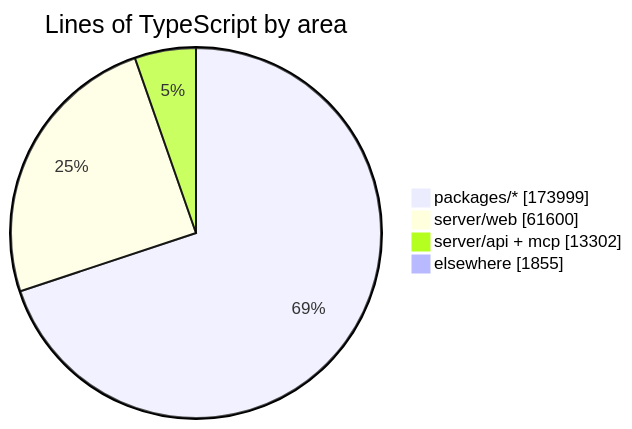
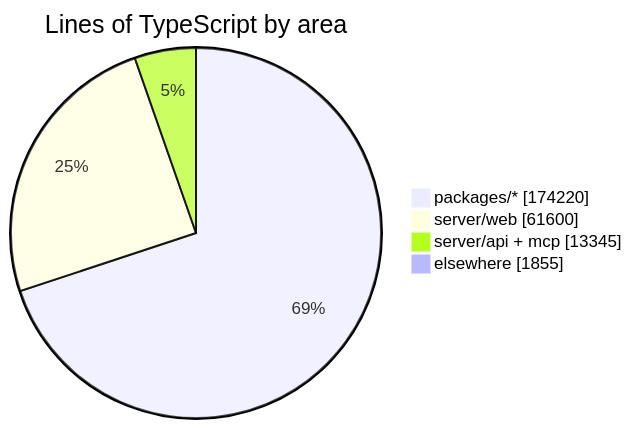
One commit to crossworks-engineering/mantle changed the diagram in README.md. Above: the diagram before and after it, drawn with Mermaid. The commit also changed other lines of this file and 2 other files, not shown here.

````diff
--- a/README.md
+++ b/README.md
@@ -279,7 +279,7 @@
 ```mermaid
 pie showData title Lines of TypeScript by area
-    "packages/*" : 173999
+    "packages/*" : 174220
     "server/web" : 61600
-    "server/api + mcp" : 13302
+    "server/api + mcp" : 13345
     "elsewhere" : 1855
 ```
````
